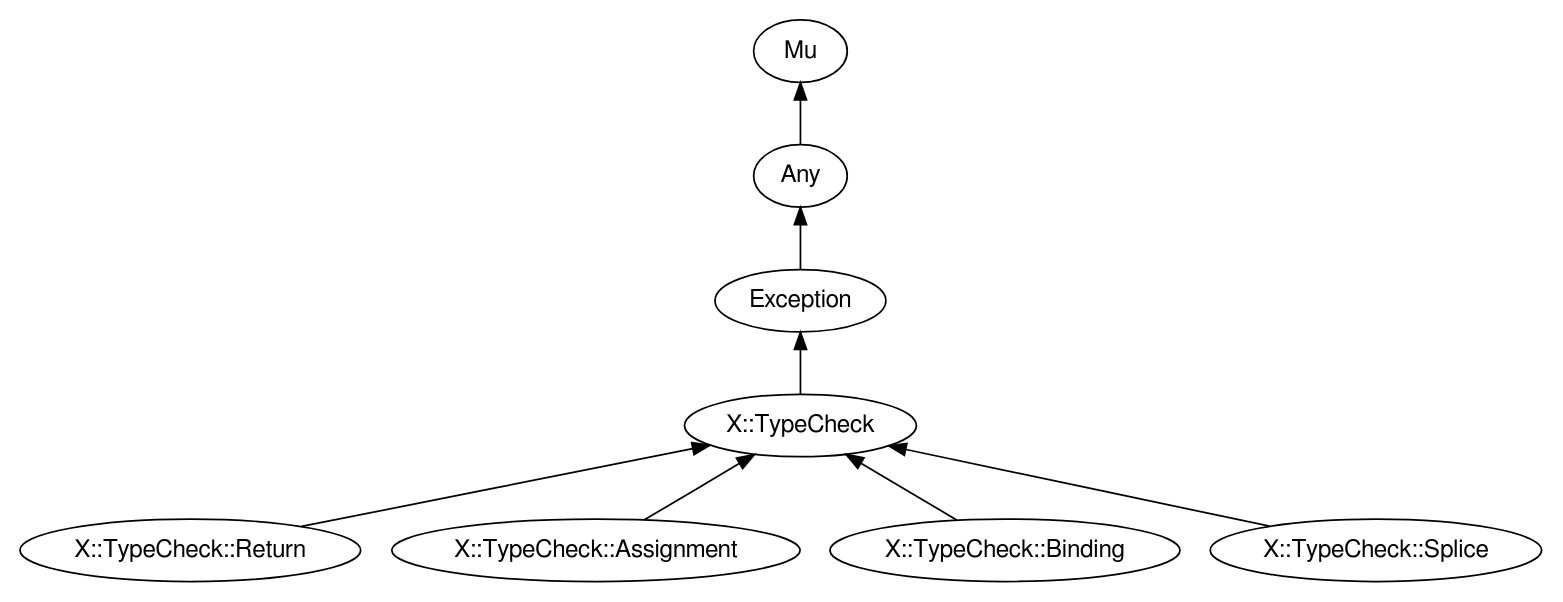
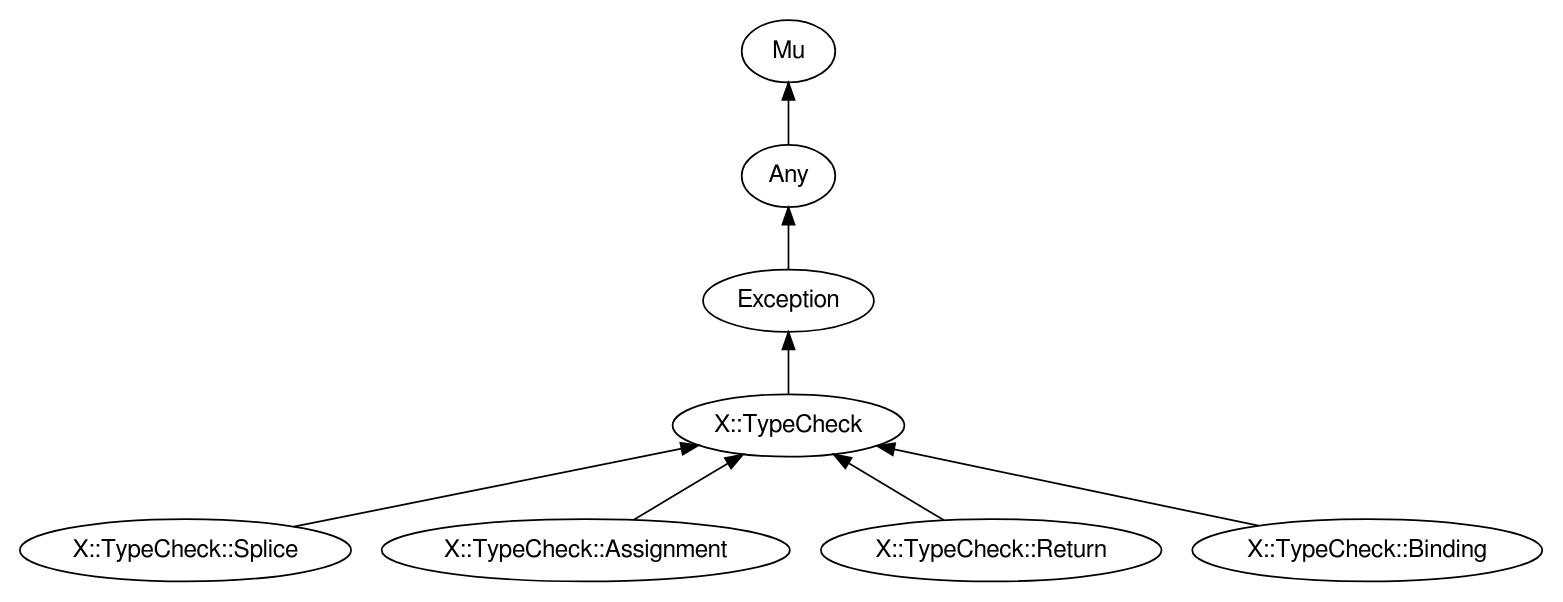
One commit to perl6docs/perl6docs.github.io changed the diagram in images/type-graph-X::TypeCheck.svg.dot. Above: the diagram before and after it, drawn with Graphviz. The commit also changed other lines of this file and 4486 other files, not shown here.

```diff
--- a/images/type-graph-X::TypeCheck.svg.dot
+++ b/images/type-graph-X::TypeCheck.svg.dot
@@ -1,25 +1,25 @@
 digraph "perl6-type-graph" {
     rankdir=BT;
     splines=polyline;
     overlap=false; 
     // Types
     "X::TypeCheck" [color="#000000", fontcolor="#000000", href="/type/X::TypeCheck", fontname="FreeSans"];
     "Mu" [color="#000000", fontcolor="#000000", href="/type/Mu", fontname="FreeSans"];
     "Any" [color="#000000", fontcolor="#000000", href="/type/Any", fontname="FreeSans"];
     "Exception" [color="#000000", fontcolor="#000000", href="/type/Exception", fontname="FreeSans"];
+    "X::TypeCheck::Splice" [color="#000000", fontcolor="#000000", href="/type/X::TypeCheck::Splice", fontname="FreeSans"];
+    "X::TypeCheck::Assignment" [color="#000000", fontcolor="#000000", href="/type/X::TypeCheck::Assignment", fontname="FreeSans"];
     "X::TypeCheck::Return" [color="#000000", fontcolor="#000000", href="/type/X::TypeCheck::Return", fontname="FreeSans"];
-    "X::TypeCheck::Assignment" [color="#000000", fontcolor="#000000", href="/type/X::TypeCheck::Assignment", fontname="FreeSans"];
     "X::TypeCheck::Binding" [color="#000000", fontcolor="#000000", href="/type/X::TypeCheck::Binding", fontname="FreeSans"];
-    "X::TypeCheck::Splice" [color="#000000", fontcolor="#000000", href="/type/X::TypeCheck::Splice", fontname="FreeSans"];
 
     // Superclasses
     "X::TypeCheck" -> "Exception" [color="#000000"];
     "Any" -> "Mu" [color="#000000"];
     "Exception" -> "Any" [color="#000000"];
+    "X::TypeCheck::Splice" -> "X::TypeCheck" [color="#000000"];
+    "X::TypeCheck::Assignment" -> "X::TypeCheck" [color="#000000"];
     "X::TypeCheck::Return" -> "X::TypeCheck" [color="#000000"];
-    "X::TypeCheck::Assignment" -> "X::TypeCheck" [color="#000000"];
     "X::TypeCheck::Binding" -> "X::TypeCheck" [color="#000000"];
-    "X::TypeCheck::Splice" -> "X::TypeCheck" [color="#000000"];
 
     // Roles
 }
```
